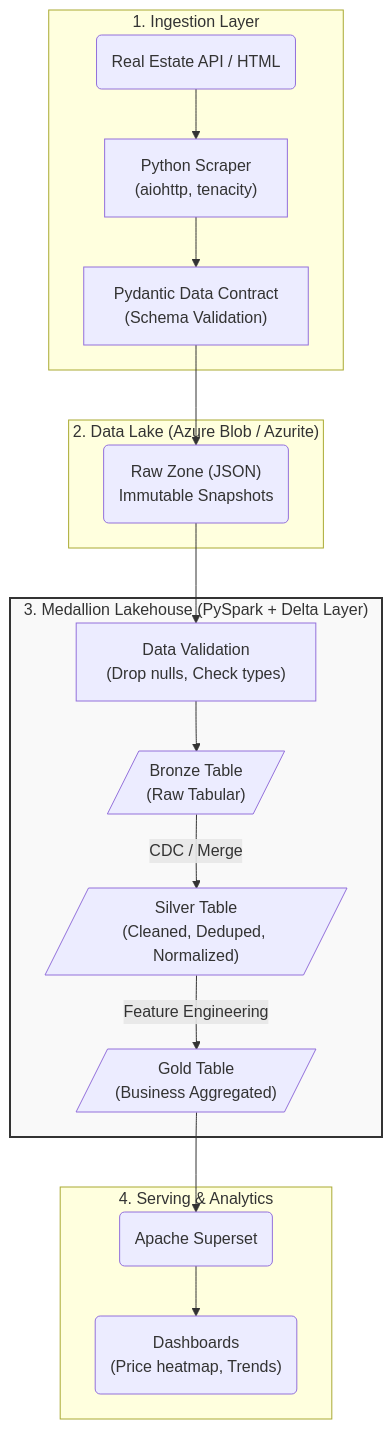
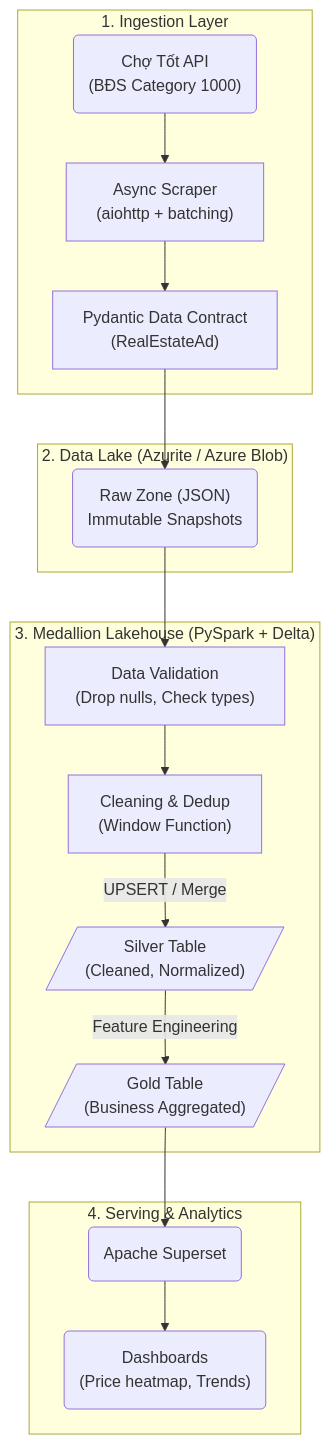
Before and after one commit to l-tkphu01/Real_Estate_Data_Platform: the diagram in README.md, drawn with Mermaid. The commit also changed other lines of this file and 37 other files, not shown here.

Commit message:
covert -> real_estate + application mdm

````diff
--- a/README.md
+++ b/README.md
@@ -40,37 +43,34 @@
 ```mermaid
 flowchart TB
     subgraph Sources["1. Ingestion Layer"]
-        API("Real Estate API / HTML")
-        Scraper["Python Scraper\n(aiohttp, tenacity)"]
-        Contract["Pydantic Data Contract\n(Schema Validation)"]
+        API("Chợ Tốt API\n(BĐS Category 1000)")
+        Scraper["Async Scraper\n(aiohttp + batching)"]
+        Contract["Pydantic Data Contract\n(RealEstateAd)"]
         API --> Scraper
         Scraper --> Contract
     end
 
-    subgraph Storage["2. Data Lake (Azure Blob / Azurite)"]
+    subgraph Storage["2. Data Lake (Azurite / Azure Blob)"]
         Raw("Raw Zone (JSON)\nImmutable Snapshots")
     end
     Contract --> Raw
 
-    subgraph Processing["3. Medallion Lakehouse (PySpark + Delta Layer)"]
+    subgraph Processing["3. Medallion Lakehouse (PySpark + Delta)"]
         Valid["Data Validation\n(Drop nulls, Check types)"]
-        Bronze[/"Bronze Table\n(Raw Tabular)"/]
-        Silver[/"Silver Table\n(Cleaned, Deduped, Normalized)"/]
+        Clean["Cleaning & Dedup\n(Window Function)"]
+        Silver[/"Silver Table\n(Cleaned, Normalized)"/]
         Gold[/"Gold Table\n(Business Aggregated)"/]
         
-        Valid --> Bronze
-        Bronze -- "CDC / Merge" --> Silver
+        Valid --> Clean
+        Clean -- "UPSERT / Merge" --> Silver
         Silver -- "Feature Engineering" --> Gold
     end
     Raw --> Valid
 
     subgraph Delivery["4. Serving & Analytics"]
         Superset("Apache Superset")
         Dash("Dashboards\n(Price heatmap, Trends)")
         Superset --> Dash
     end
     Gold --> Superset
-    
-    classDef engine fill:#f9f9f9,stroke:#333,stroke-width:2px;
-    class Processing engine;
 ```
````
